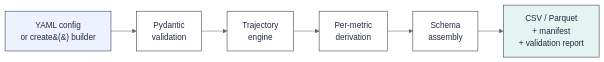
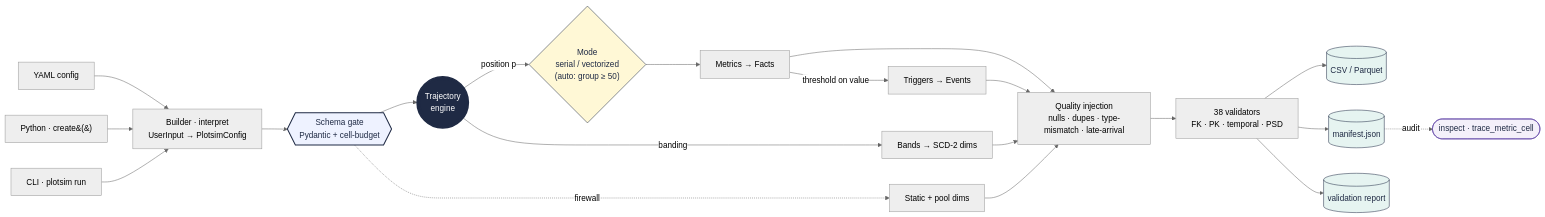
One commit to mohossam01/plotsim changed the diagram in README.md. Above: the diagram before and after it, drawn with Mermaid (neutral theme).

Commit message:
doc: Readme capstone diagram

````diff
--- a/README.md
+++ b/README.md
@@ -155,12 +155,66 @@
 ```mermaid
 flowchart LR
-    A[YAML config<br/>or create&#40;&#41; builder]:::input --> B[Pydantic<br/>validation]:::stage
-    B --> C[Trajectory<br/>engine]:::stage
-    C --> D[Per-metric<br/>derivation]:::stage
-    D --> E[Schema<br/>assembly]:::stage
-    E --> F[CSV / Parquet<br/>+ manifest<br/>+ validation report]:::output
+    %% Three input paths
+    YAML["YAML config"]
+    PY["Python · create&#40;&#41;"]
+    CLI["CLI · plotsim run"]
 
-    classDef input fill:#eef2ff,stroke:#1f2a44,stroke-width:1px,color:#1f2a44
-    classDef stage fill:#ffffff,stroke:#1f2a44,stroke-width:1px,color:#1f2a44
-    classDef output fill:#e6f4f1,stroke:#1f2a44,stroke-width:1px,color:#1f2a44
+    %% Audit surface (read-only, post-generation)
+    INS(["inspect · trace_metric_cell"])
+
+    %% All three converge on the builder
+    YAML --> BUILD
+    PY --> BUILD
+    CLI --> BUILD
+
+    BUILD["Builder · interpret<br/>UserInput → PlotsimConfig"]
+
+    %% Schema gate
+    BUILD --> SCHEMA
+    SCHEMA{{"Schema gate<br/>Pydantic + cell-budget"}}
+
+    %% Engine — trajectory hub
+    SCHEMA --> TRAJ
+    TRAJ(((Trajectory<br/>engine)))
+
+    %% Generation-mode decision (only on the fact-table path)
+    TRAJ -->|"position p"| MODE{"Mode<br/>serial / vectorized<br/>(auto: group ≥ 50)"}
+
+    %% Direct & transitive consumers
+    MODE --> METR["Metrics → Facts"]
+    TRAJ -->|"banding"| SCDB["Bands → SCD-2 dims"]
+    METR -->|"threshold on value"| EVTR["Triggers → Events"]
+
+    %% Architectural firewall — static / pool dims bypass trajectory
+    SCHEMA -.firewall.-> SDIMS["Static + pool dims"]
+
+    %% Quality injection (deliberate defects)
+    METR --> QLT
+    EVTR --> QLT
+    SCDB --> QLT
+    SDIMS --> QLT
+    QLT["Quality injection<br/>nulls · dupes · type-mismatch · late-arrival"]
+
+    %% Validation (integrity checks)
+    QLT --> VAL["38 validators<br/>FK · PK · temporal · PSD"]
+
+    %% Outputs diverge
+    VAL --> CSV[("CSV / Parquet")]
+    VAL --> MAN[("manifest.json")]
+    VAL --> RPT[("validation report")]
+
+    %% Audit back-edge
+    MAN -.audit.-> INS
+
+    classDef gate fill:#eef2ff,stroke:#1f2a44,stroke-width:2px,color:#1f2a44
+    classDef hub fill:#1f2a44,color:#fff,stroke:#1f2a44,stroke-width:3px
+    classDef store fill:#e6f4f1,stroke:#1f2a44,color:#1f2a44
+    classDef audit fill:#f4f0fa,stroke:#5a3da3,color:#1f2a44
+    classDef decision fill:#fff8d6,stroke:#1f2a44,color:#1f2a44
+
+    class SCHEMA gate
+    class TRAJ hub
+    class CSV,MAN,RPT store
+    class INS audit
+    class MODE decision
 ```
````
